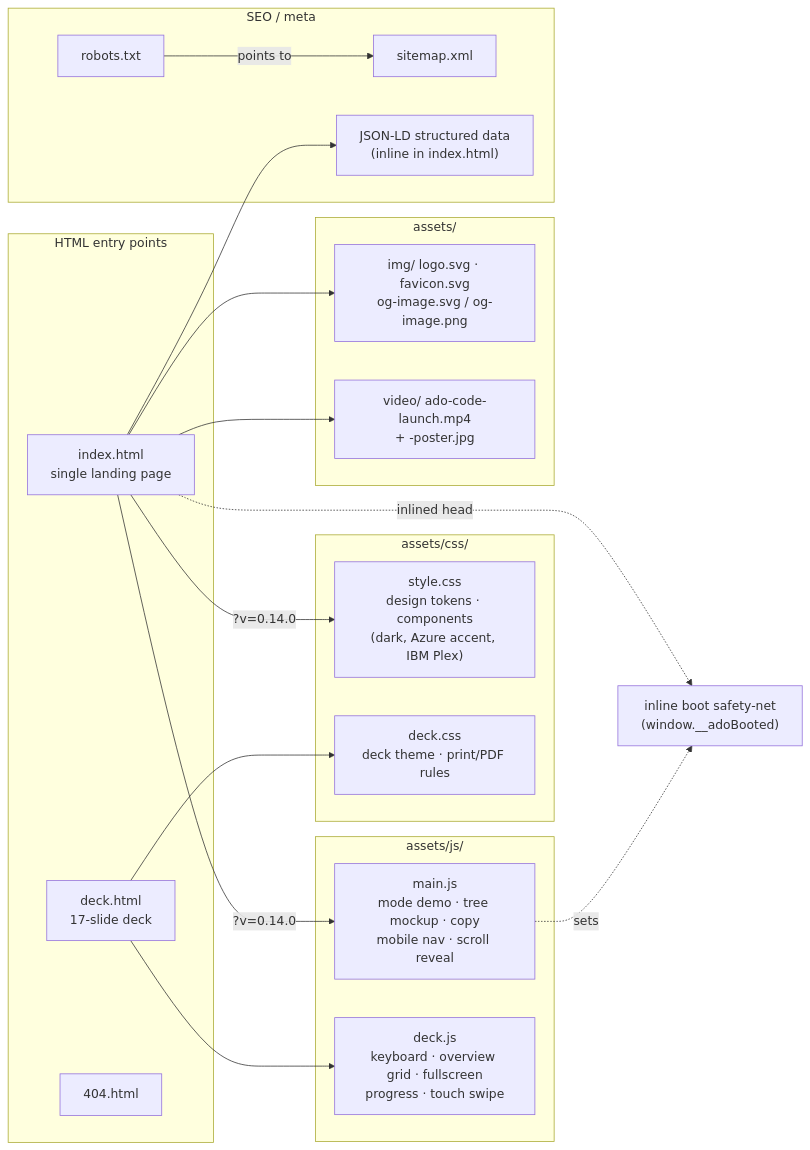
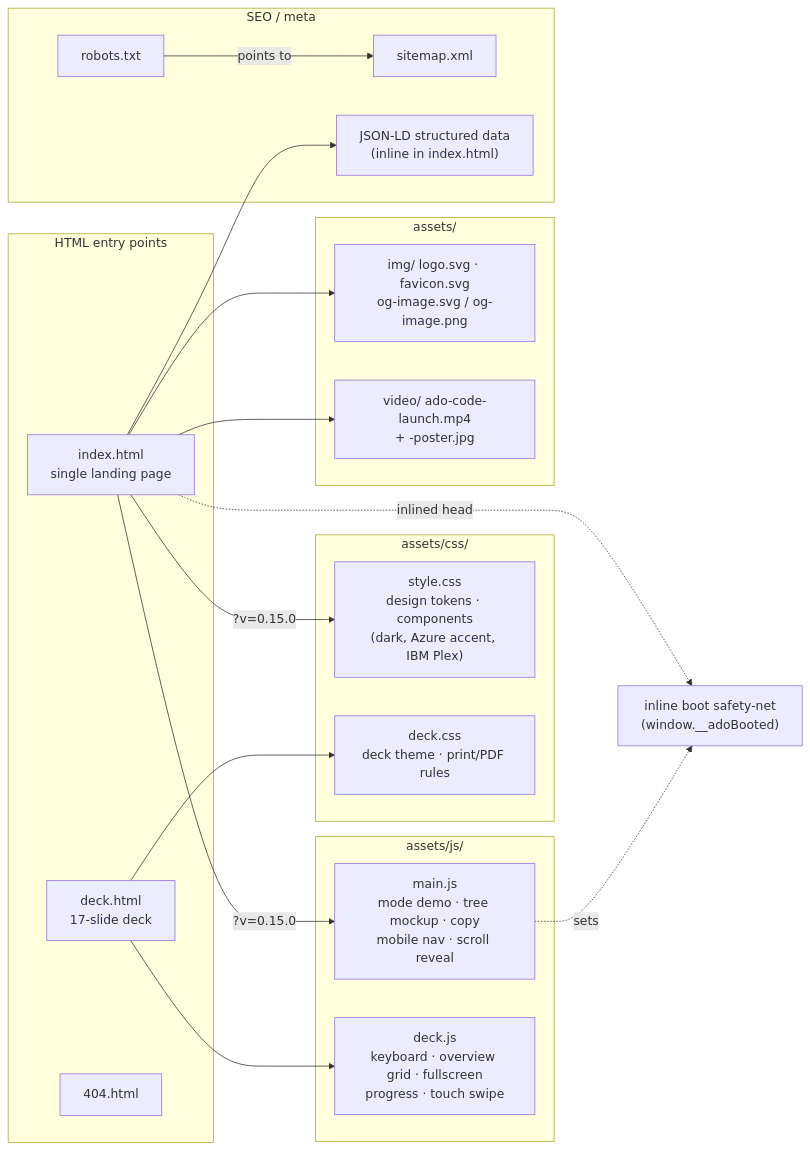
Before and after one commit to steelburn/ado-web: the second of 4 diagrams in docs/architecture.md, drawn with Mermaid. The commit also changed 21 other files, not shown here.

````diff
--- a/docs/architecture.md
+++ b/docs/architecture.md
@@ -79,42 +79,42 @@
 ```mermaid
 flowchart LR
     subgraph Pages["HTML entry points"]
         IDX["index.html<br/>single landing page"]
         DECK["deck.html<br/>17-slide deck"]
         E404["404.html"]
     end
 
     subgraph CSS["assets/css/"]
         STY["style.css<br/>design tokens · components<br/>(dark, Azure accent, IBM Plex)"]
         DCSS["deck.css<br/>deck theme · print/PDF rules"]
     end
 
     subgraph JS["assets/js/"]
         MAIN["main.js<br/>mode demo · tree mockup · copy<br/>mobile nav · scroll reveal"]
         DJS["deck.js<br/>keyboard · overview grid · fullscreen<br/>progress · touch swipe"]
     end
 
     subgraph Media["assets/"]
         IMG["img/ logo.svg · favicon.svg<br/>og-image.svg / og-image.png"]
         VID["video/ ado-code-launch.mp4<br/>+ -poster.jpg"]
     end
 
     subgraph SEO["SEO / meta"]
         SM["sitemap.xml"]
         RB["robots.txt"]
         LD["JSON-LD structured data<br/>(inline in index.html)"]
     end
 
-    IDX -->|"?v=0.14.0"| STY
-    IDX -->|"?v=0.14.0"| MAIN
+    IDX -->|"?v=0.15.0"| STY
+    IDX -->|"?v=0.15.0"| MAIN
     IDX --> IMG
     IDX --> VID
     IDX --> LD
     DECK --> DCSS
     DECK --> DJS
 
     IDX -.->|inlined head| BOOT["inline boot safety-net<br/>(window.__adoBooted)"]
     MAIN -.->|sets| BOOT
 
     RB -->|points to| SM
 ```
````
